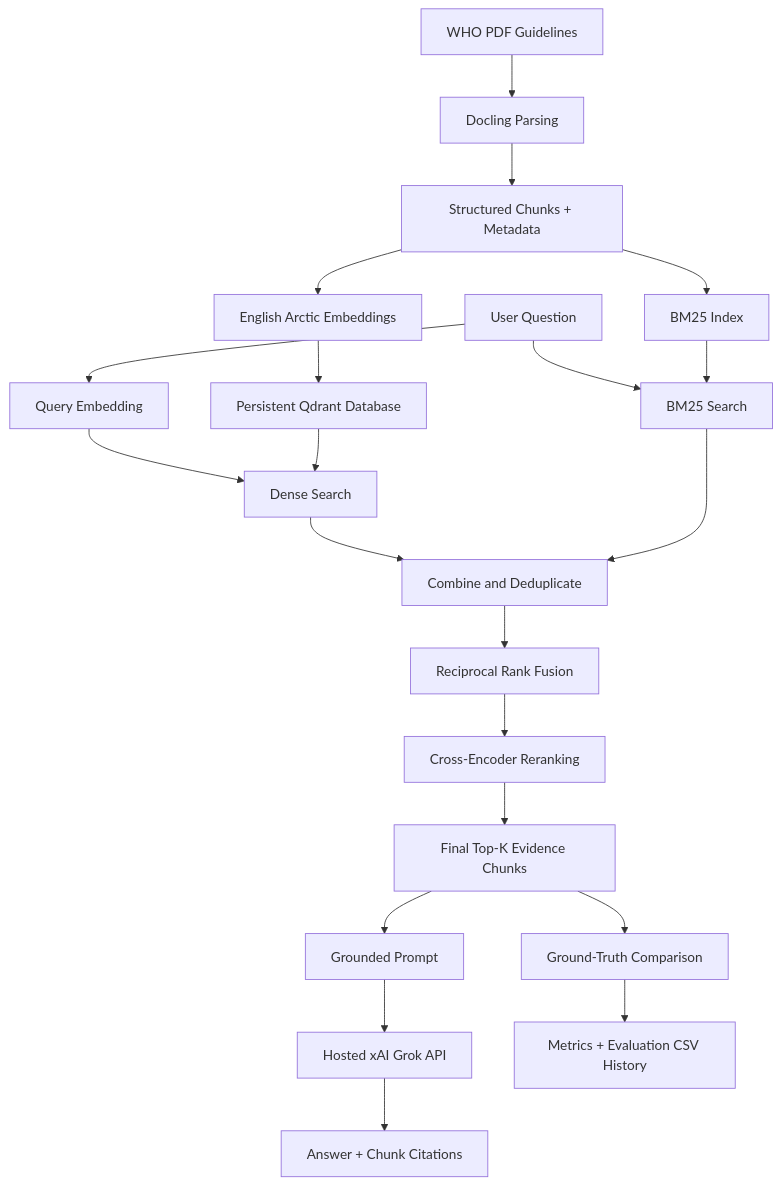
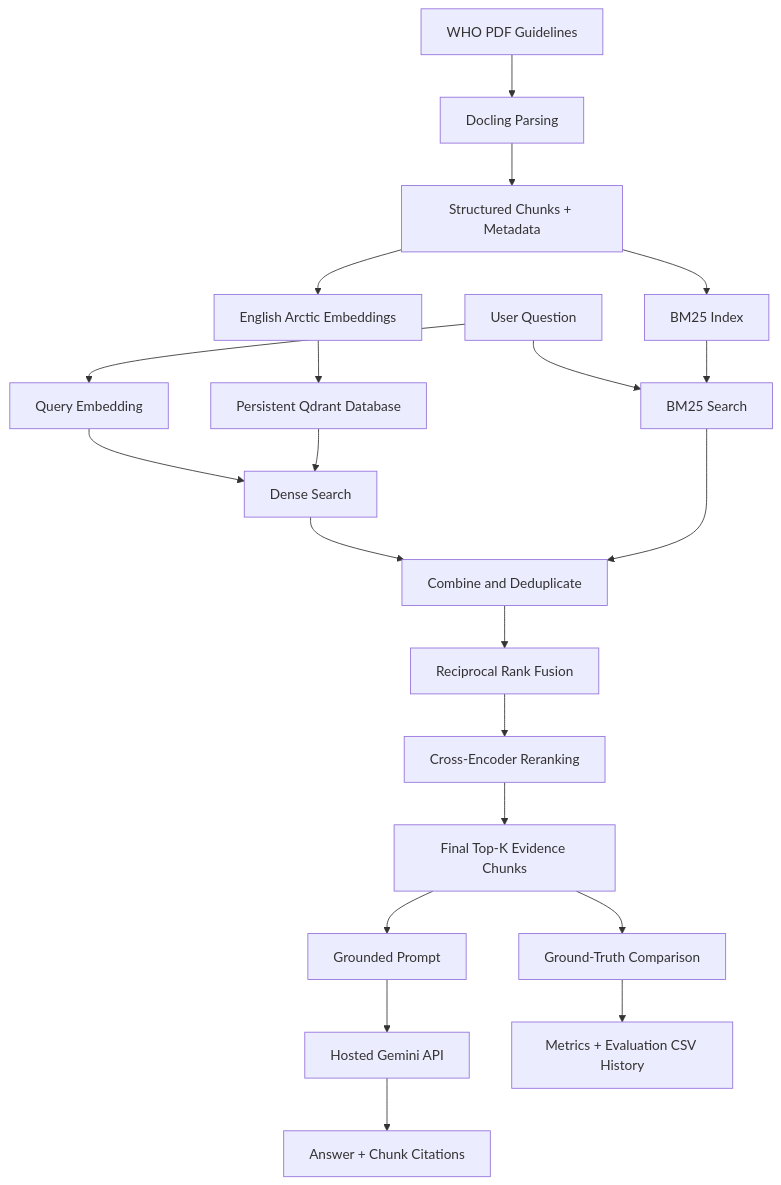
One commit to Saad-Naeem-891/hypertension-RAG changed the diagram in SETUP_AND_RUN.md. Above: the diagram before and after it, drawn with Mermaid. The commit also changed other lines of this file, not shown here.

Commit message:
feat: Update setup guide to reflect changes from Grok to Gemini API and enhance instructions for hosted generation

````diff
--- a/SETUP_AND_RUN.md
+++ b/SETUP_AND_RUN.md
@@ -8,28 +8,28 @@
 ```mermaid
 flowchart TD
     A["WHO PDF Guidelines"] --> B["Docling Parsing"]
     B --> C["Structured Chunks + Metadata"]
     C --> D["English Arctic Embeddings"]
     D --> E["Persistent Qdrant Database"]
     C --> F["BM25 Index"]
 
     Q["User Question"] --> G["Query Embedding"]
     G --> H["Dense Search"]
     E --> H
 
     Q --> I["BM25 Search"]
     F --> I
 
     H --> J["Combine and Deduplicate"]
     I --> J
     J --> K["Reciprocal Rank Fusion"]
     K --> L["Cross-Encoder Reranking"]
     L --> M["Final Top-K Evidence Chunks"]
 
     M --> P["Grounded Prompt"]
-    P --> R["Hosted xAI Grok API"]
+    P --> R["Hosted Gemini API"]
     R --> S["Answer + Chunk Citations"]
 
     M --> N["Ground-Truth Comparison"]
     N --> O["Metrics + Evaluation CSV History"]
 ```
````
